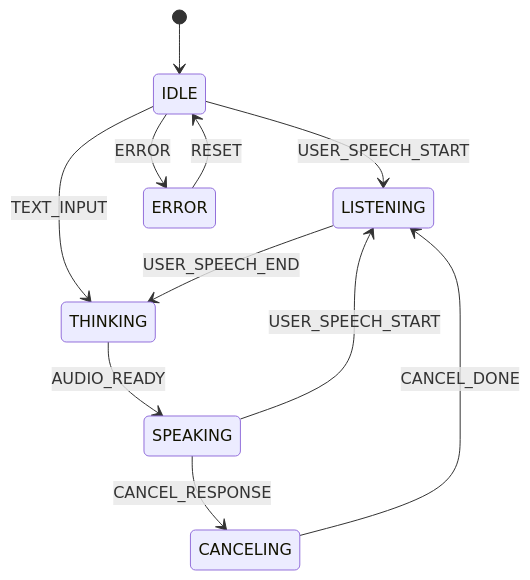
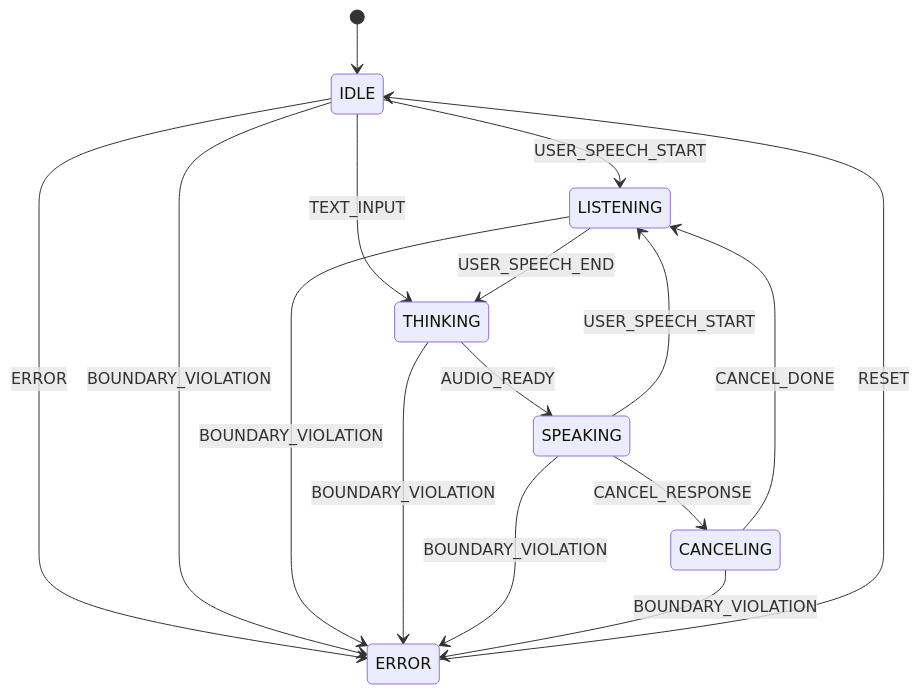
One commit to n4cl/offline-voice-chat changed the fifth of 5 diagrams in .kiro/specs/voice-chat/design.md. Above: the diagram before and after it, drawn with Mermaid. The commit also changed other lines of this file and 1 other file, not shown here.

````diff
--- a/.kiro/specs/voice-chat/design.md
+++ b/.kiro/specs/voice-chat/design.md
@@ -155,14 +155,19 @@
 ```mermaid
 stateDiagram-v2
   [*] --> IDLE
   IDLE --> LISTENING: USER_SPEECH_START
   IDLE --> THINKING: TEXT_INPUT
   LISTENING --> THINKING: USER_SPEECH_END
   THINKING --> SPEAKING: AUDIO_READY
   SPEAKING --> LISTENING: USER_SPEECH_START
   SPEAKING --> CANCELING: CANCEL_RESPONSE
   CANCELING --> LISTENING: CANCEL_DONE
   state ERROR
   IDLE --> ERROR: ERROR
+  IDLE --> ERROR: BOUNDARY_VIOLATION
   ERROR --> IDLE: RESET
+  LISTENING --> ERROR: BOUNDARY_VIOLATION
+  THINKING --> ERROR: BOUNDARY_VIOLATION
+  SPEAKING --> ERROR: BOUNDARY_VIOLATION
+  CANCELING --> ERROR: BOUNDARY_VIOLATION
 ```
````
